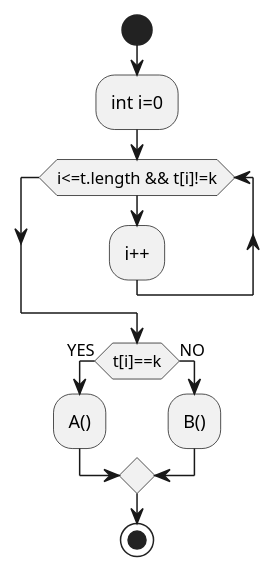
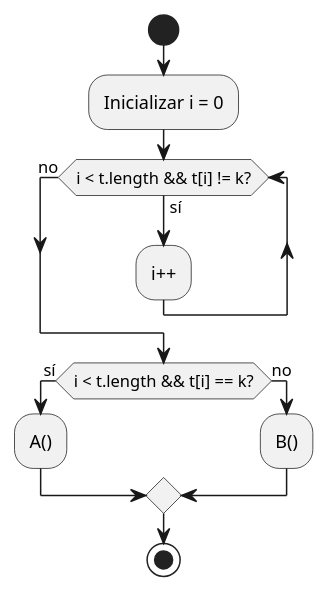
One commit to mmasias/IdSw1 changed the diagram in modelosUML/diagramaActividad.puml. Above: the diagram before and after it, drawn with PlantUML. The commit also changed 16 other files, not shown here.

Commit message:
feat: diagramas++

```diff
--- a/modelosUML/diagramaActividad.puml
+++ b/modelosUML/diagramaActividad.puml
@@ -1,15 +1,13 @@
+@startuml
 start
-
-:int i=0;
-
-while (i<=t.length && t[i]!=k)
-    :i++;
-endwhile
-
-if (t[i]==k) then (YES)
-    :A();
-else (NO)
-    :B();
+:Inicializar i = 0;
+while (i < t.length && t[i] != k?) is (sí)
+  :i++;
+endwhile (no)
+if (i < t.length && t[i] == k?) then (sí)
+  :A();
+else (no)
+  :B();
 endif
-
 stop
+@enduml
```
